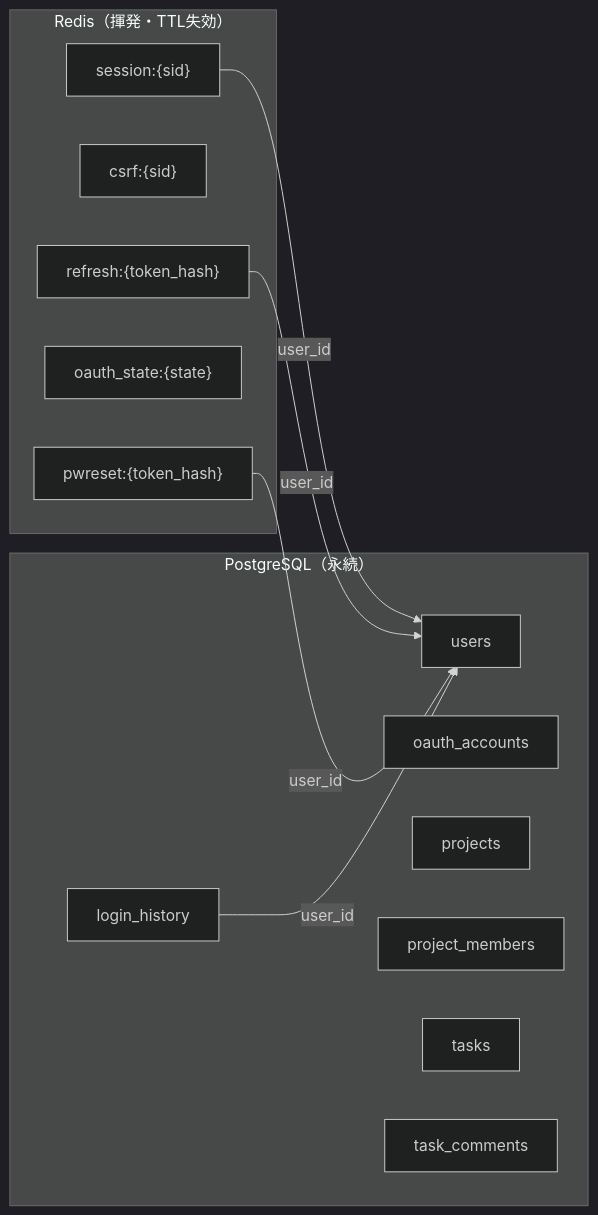
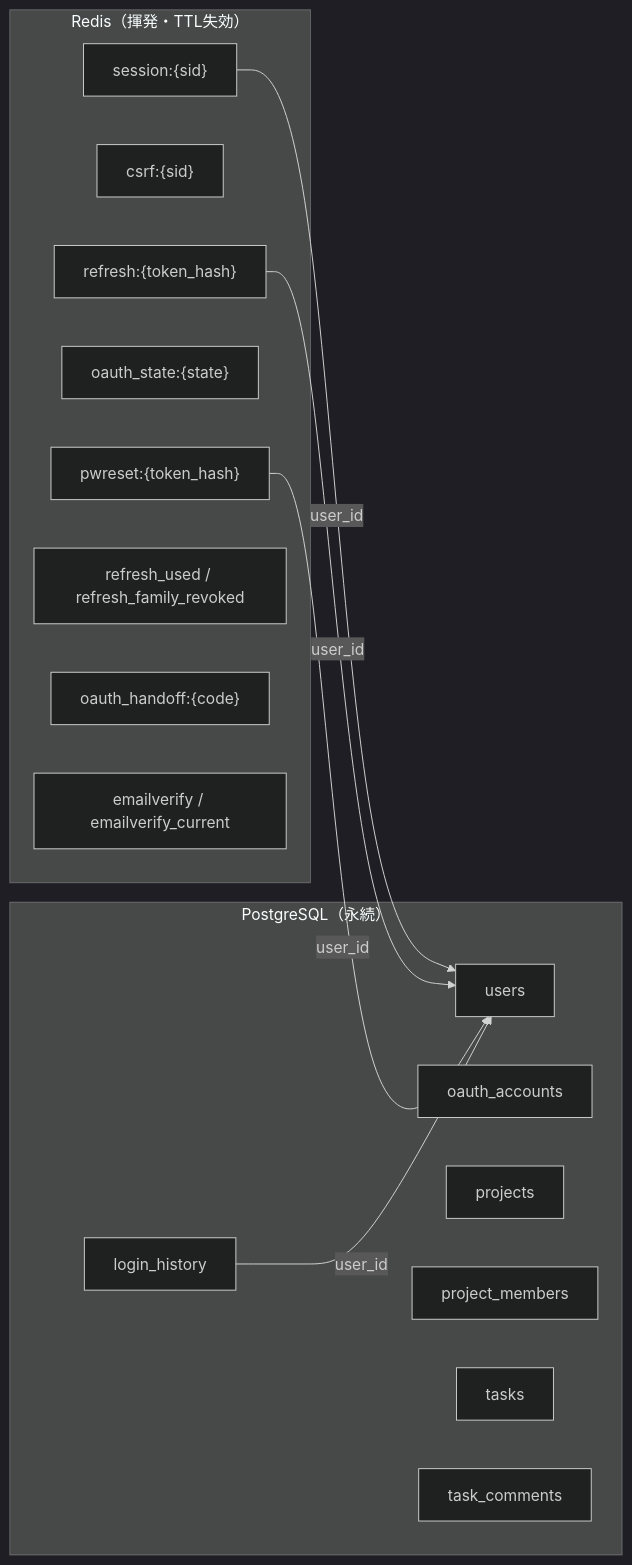
The seventh of 7 diagrams in basic_design/00_overview.md (oikawa-d/task_management), drawn with Mermaid (dark theme) before and after one commit. The commit also changed other lines of this file and 15 other files, not shown here.

````diff
--- a/basic_design/00_overview.md
+++ b/basic_design/00_overview.md
@@ -277,25 +254,28 @@
 ```mermaid
 flowchart LR
     subgraph redis["Redis（揮発・TTL失効）"]
         S1["session:{sid}"]
         S2["csrf:{sid}"]
         S3["refresh:{token_hash}"]
         S4["oauth_state:{state}"]
         S5["pwreset:{token_hash}"]
+        S6["refresh_used / refresh_family_revoked"]
+        S7["oauth_handoff:{code}"]
+        S8["emailverify / emailverify_current"]
     end
 
     subgraph pg["PostgreSQL（永続）"]
         T1["users"]
         T2["oauth_accounts"]
         T3["projects"]
         T4["project_members"]
         T5["tasks"]
         T6["task_comments"]
         T7["login_history"]
     end
 
     S1 -->|user_id| T1
     S3 -->|user_id| T1
     S5 -->|user_id| T1
     T7 -->|user_id| T1
 ```
````
